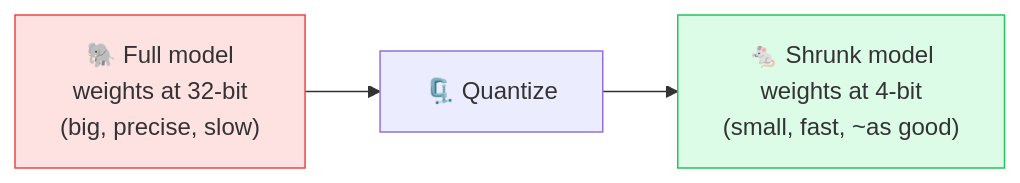
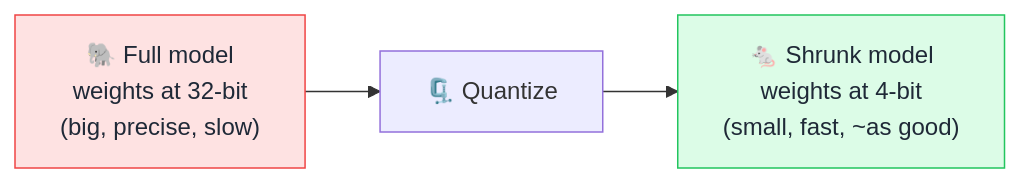
The diagram in concepts/quantization.md (behnia137/ai-for-beginners-visual), drawn with Mermaid before and after one commit. The commit also changed 32 other files, not shown here.

First line of the commit message:
Fix mermaid box text contrast for dark/light mode

````diff
--- a/concepts/quantization.md
+++ b/concepts/quantization.md
@@ -7,7 +7,7 @@
 ```mermaid
 flowchart LR
     A["🐘 Full model<br/>weights at 32-bit<br/>(big, precise, slow)"] --> Q[🗜️ Quantize]
     Q --> B["🐁 Shrunk model<br/>weights at 4-bit<br/>(small, fast, ~as good)"]
-    style A fill:#fee2e2,stroke:#ef4444
-    style B fill:#dcfce7,stroke:#22c55e
+    style A fill:#fee2e2,stroke:#ef4444,color:#1f2937
+    style B fill:#dcfce7,stroke:#22c55e,color:#1f2937
 ```
````
